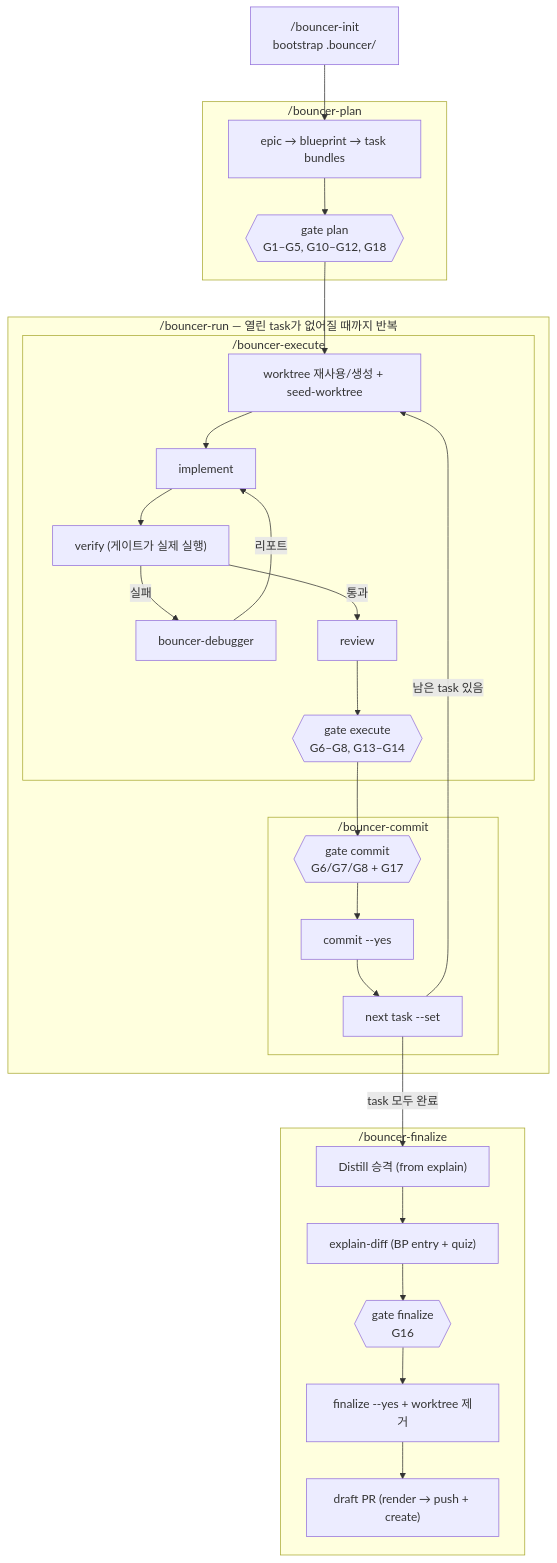
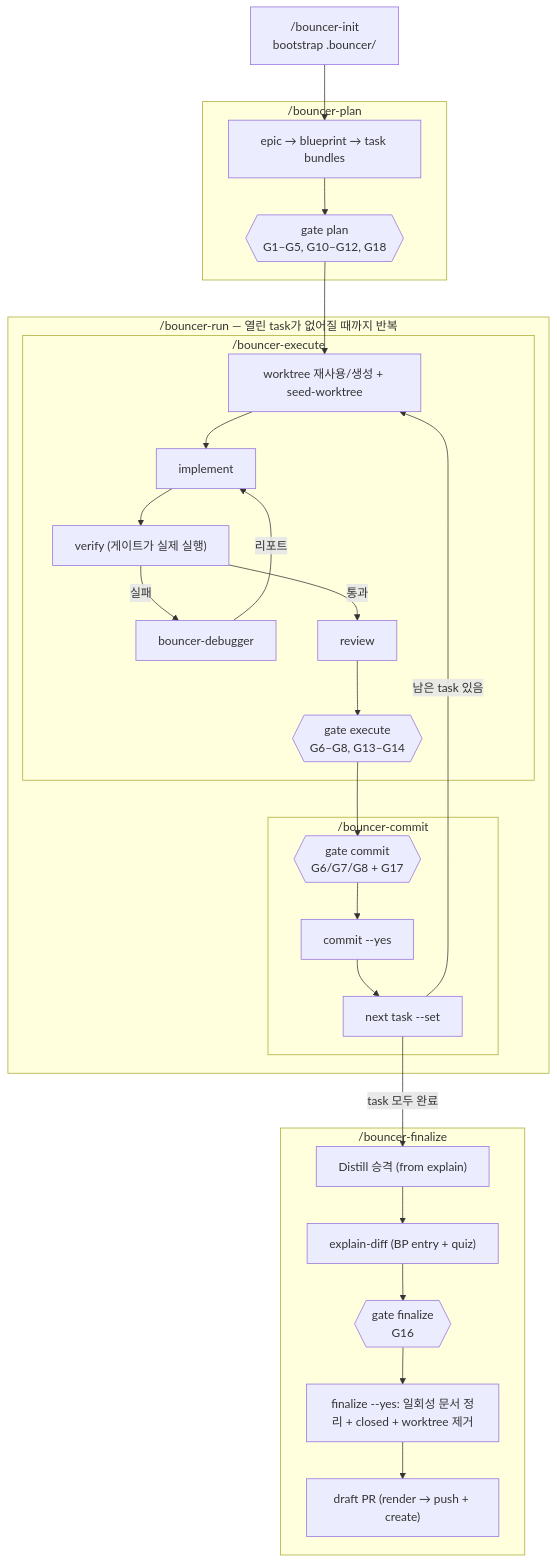
The diagram in docs/workflow.md (cheongfish/bouncer), drawn with Mermaid before and after one commit. The commit also changed other lines of this file and 6 other files, not shown here.

````diff
--- a/docs/workflow.md
+++ b/docs/workflow.md
@@ -22,37 +22,37 @@
 ```mermaid
 flowchart TD
     BI["/bouncer-init<br/>bootstrap .bouncer/"]
 
     subgraph PLAN["/bouncer-plan"]
         P1["epic → blueprint → task bundles"] --> P2{{"gate plan<br/>G1–G5, G10–G12, G18"}}
     end
 
     subgraph RUN["/bouncer-run — 열린 task가 없어질 때까지 반복"]
         subgraph EXEC["/bouncer-execute"]
             E1["worktree 재사용/생성 + seed-worktree"] --> E2["implement"]
             E2 --> E3["verify (게이트가 실제 실행)"]
             E3 -- 실패 --> E4["bouncer-debugger"]
             E4 -- 리포트 --> E2
             E3 -- 통과 --> E5["review"]
             E5 --> E6{{"gate execute<br/>G6–G8, G13–G14"}}
         end
 
         subgraph COMMIT["/bouncer-commit"]
             C1{{"gate commit<br/>G6/G7/G8 + G17"}} --> C2["commit --yes"]
             C2 --> C3["next task --set"]
         end
     end
 
     subgraph FIN["/bouncer-finalize"]
         F1["Distill 승격 (from explain)"] --> F2["explain-diff (BP entry + quiz)"]
         F2 --> F3{{"gate finalize<br/>G16"}}
-        F3 --> F4["finalize --yes + worktree 제거"]
+        F3 --> F4["finalize --yes: 일회성 문서 정리 + closed + worktree 제거"]
         F4 --> F5["draft PR (render → push + create)"]
     end
 
     BI --> P1
     P2 --> E1
     E6 --> C1
     C3 -- "남은 task 있음" --> E1
     C3 -- "task 모두 완료" --> F1
 ```
````
